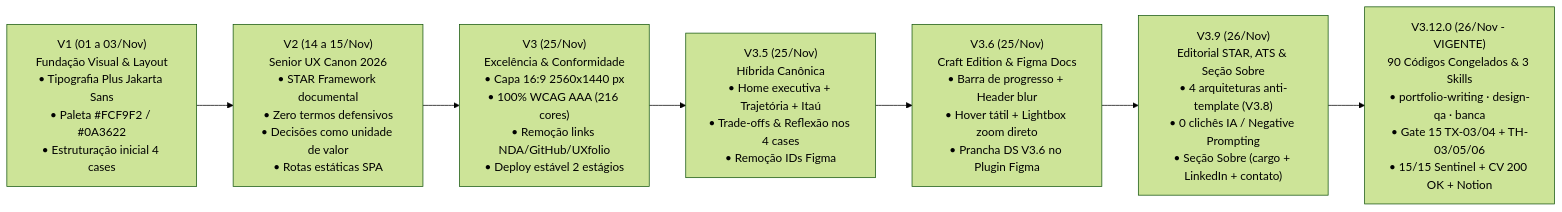
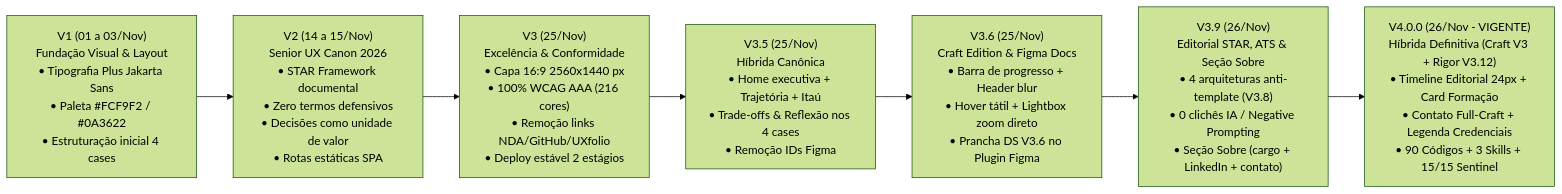
One commit to israelfull-commits/portfolio changed the diagram in docs/INDEX_GOVERNANCA_E_DECISOES.md. Above: the diagram before and after it, drawn with Mermaid (forest theme). The commit also changed 4 other files, not shown here.

Commit message:
feat(v4.0.0): hybrid flagship Home combining V3 Figma art direction (24px editorial timeline, education card, full-craft contact, portrait credentials) with V3.12 WCAG/ATS/Sentinel rigor

````diff
--- a/docs/INDEX_GOVERNANCA_E_DECISOES.md
+++ b/docs/INDEX_GOVERNANCA_E_DECISOES.md
@@ -15,11 +15,11 @@
 ```mermaid
 flowchart LR
     V1["V1 (01 a 03/Nov)<br>Fundação Visual & Layout<br>• Tipografia Plus Jakarta Sans<br>• Paleta #FCF9F2 / #0A3622<br>• Estruturação inicial 4 cases"]
     V2["V2 (14 a 15/Nov)<br>Senior UX Canon 2026<br>• STAR Framework documental<br>• Zero termos defensivos<br>• Decisões como unidade de valor<br>• Rotas estáticas SPA"]
     V3["V3 (25/Nov)<br>Excelência & Conformidade<br>• Capa 16:9 2560x1440 px<br>• 100% WCAG AAA (216 cores)<br>• Remoção links NDA/GitHub/UXfolio<br>• Deploy estável 2 estágios"]
     V35["V3.5 (25/Nov)<br>Híbrida Canônica<br>• Home executiva + Trajetória + Itaú<br>• Trade-offs & Reflexão nos 4 cases<br>• Remoção IDs Figma"]
     V36["V3.6 (25/Nov)<br>Craft Edition & Figma Docs<br>• Barra de progresso + Header blur<br>• Hover tátil + Lightbox zoom direto<br>• Prancha DS V3.6 no Plugin Figma"]
     V39["V3.9 (26/Nov)<br>Editorial STAR, ATS & Seção Sobre<br>• 4 arquiteturas anti-template (V3.8)<br>• 0 clichês IA / Negative Prompting<br>• Seção Sobre (cargo + LinkedIn + contato)"]
-    V310["V3.12.0 (26/Nov - VIGENTE)<br>90 Códigos Congelados & 3 Skills<br>• portfolio-writing · design-qa · banca<br>• Gate 15 TX-03/04 + TH-03/05/06<br>• 15/15 Sentinel + CV 200 OK + Notion"]
+    V310["V4.0.0 (26/Nov - VIGENTE)<br>Híbrida Definitiva (Craft V3 + Rigor V3.12)<br>• Timeline Editorial 24px + Card Formação<br>• Contato Full-Craft + Legenda Credenciais<br>• 90 Códigos + 3 Skills + 15/15 Sentinel"]
     V1 --> V2 --> V3 --> V35 --> V36 --> V39 --> V310
 ```
````
